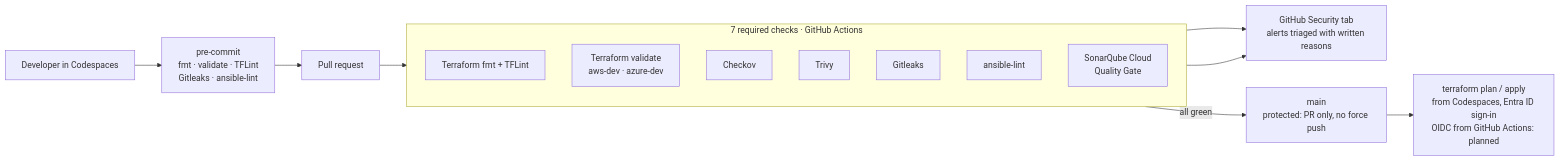
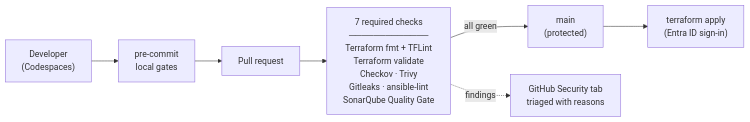
The first of 2 diagrams in README.md (Subash-1507/multicloud-secure-iac), drawn with Mermaid before and after one commit. The commit also changed other lines of this file, not shown here.

Commit message:
Simplify Mermaid diagram layouts

````diff
--- a/README.md
+++ b/README.md
@@ -15,20 +15,9 @@
 ```mermaid
 flowchart LR
-  dev["Developer in Codespaces"] --> pc["pre-commit<br/>fmt · validate · TFLint<br/>Gitleaks · ansible-lint"]
+  dev["Developer<br/>(Codespaces)"] --> pc["pre-commit<br/>local gates"]
   pc --> pr["Pull request"]
-  pr --> gates
-  subgraph gates["7 required checks · GitHub Actions"]
-    direction TB
-    g1["Terraform fmt + TFLint"]
-    g2["Terraform validate<br/>aws-dev · azure-dev"]
-    g3["Checkov"]
-    g4["Trivy"]
-    g5["Gitleaks"]
-    g6["ansible-lint"]
-    g7["SonarQube Cloud<br/>Quality Gate"]
-  end
-  g3 --> sarif["GitHub Security tab<br/>alerts triaged with written reasons"]
-  g4 --> sarif
-  gates -->|"all green"| main["main<br/>protected: PR only, no force push"]
-  main --> apply["terraform plan / apply<br/>from Codespaces, Entra ID sign-in<br/>OIDC from GitHub Actions: planned"]
+  pr --> gates["7 required checks<br/>─────────────<br/>Terraform fmt + TFLint<br/>Terraform validate<br/>Checkov · Trivy<br/>Gitleaks · ansible-lint<br/>SonarQube Quality Gate"]
+  gates -->|"all green"| main["main<br/>(protected)"]
+  gates -.->|"findings"| sec["GitHub Security tab<br/>triaged with reasons"]
+  main --> apply["terraform apply<br/>(Entra ID sign-in)"]
 ```
````
